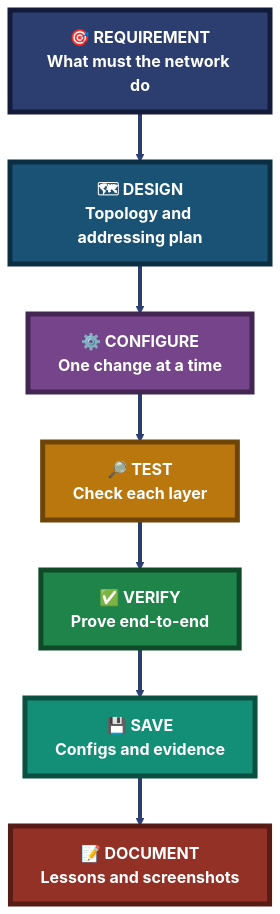
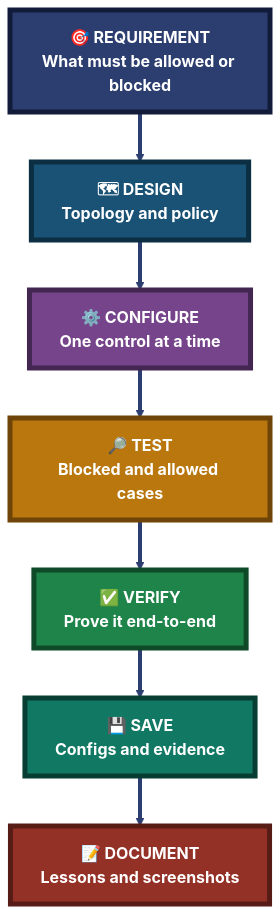
One commit to malaika-azhar/Cisco-Networking-Lab-Portfolio changed the sixth of 6 diagrams in 01-Networking/README.md. Above: the diagram before and after it, drawn with Mermaid (forest theme). The commit also changed other lines of this file, not shown here.

````diff
--- a/01-Networking/README.md
+++ b/01-Networking/README.md
@@ -344,22 +333,22 @@
 ```mermaid
 flowchart TB
-    Req["🎯 REQUIREMENT<br/>What must the network do"]:::symClass
-    Des["🗺 DESIGN<br/>Topology and addressing plan"]:::isoClass
-    Cfg["⚙️ CONFIGURE<br/>One change at a time"]:::decClass
-    Tst["🔎 TEST<br/>Check each layer"]:::fixClass
-    Ver["✅ VERIFY<br/>Prove end-to-end"]:::verClass
+    Req["🎯 REQUIREMENT<br/>What must be allowed or blocked"]:::symClass
+    Des["🗺 DESIGN<br/>Topology and policy"]:::isoClass
+    Cfg["⚙️ CONFIGURE<br/>One control at a time"]:::decClass
+    Tst["🔎 TEST<br/>Blocked and allowed cases"]:::fixClass
+    Ver["✅ VERIFY<br/>Prove it end-to-end"]:::verClass
     Sav["💾 SAVE<br/>Configs and evidence"]:::repClass
     Doc["📝 DOCUMENT<br/>Lessons and screenshots"]:::docClass
 
     Req --> Des --> Cfg --> Tst --> Ver --> Sav --> Doc
 
     classDef symClass fill:#2C3E70,stroke:#131B3A,stroke-width:5px,color:#FFFFFF,font-weight:bold,font-size:16px
     classDef isoClass fill:#1A5276,stroke:#0B2E43,stroke-width:5px,color:#FFFFFF,font-weight:bold,font-size:16px
     classDef decClass fill:#76448A,stroke:#432752,stroke-width:5px,color:#FFFFFF,font-weight:bold,font-size:16px
     classDef fixClass fill:#B9770E,stroke:#6E4409,stroke-width:5px,color:#FFFFFF,font-weight:bold,font-size:16px
     classDef verClass fill:#1E8449,stroke:#0E4A28,stroke-width:5px,color:#FFFFFF,font-weight:bold,font-size:16px
-    classDef repClass fill:#148F77,stroke:#0B5142,stroke-width:5px,color:#FFFFFF,font-weight:bold,font-size:16px
+    classDef repClass fill:#117864,stroke:#083D33,stroke-width:5px,color:#FFFFFF,font-weight:bold,font-size:16px
     classDef docClass fill:#943126,stroke:#571C16,stroke-width:5px,color:#FFFFFF,font-weight:bold,font-size:16px
 
     linkStyle default stroke:#2C3E70,stroke-width:4px
 ```
````
